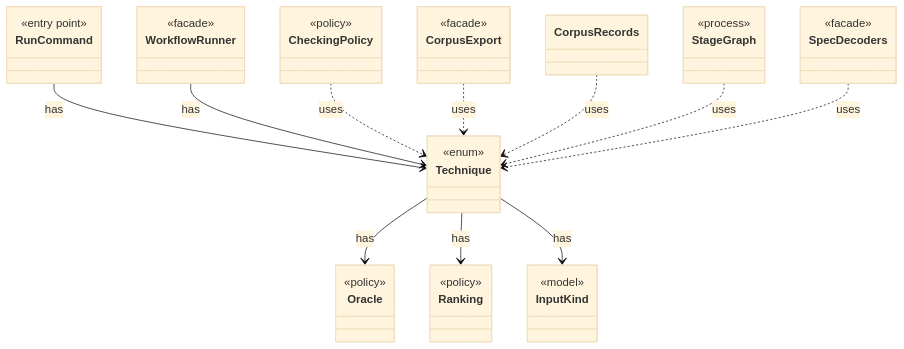
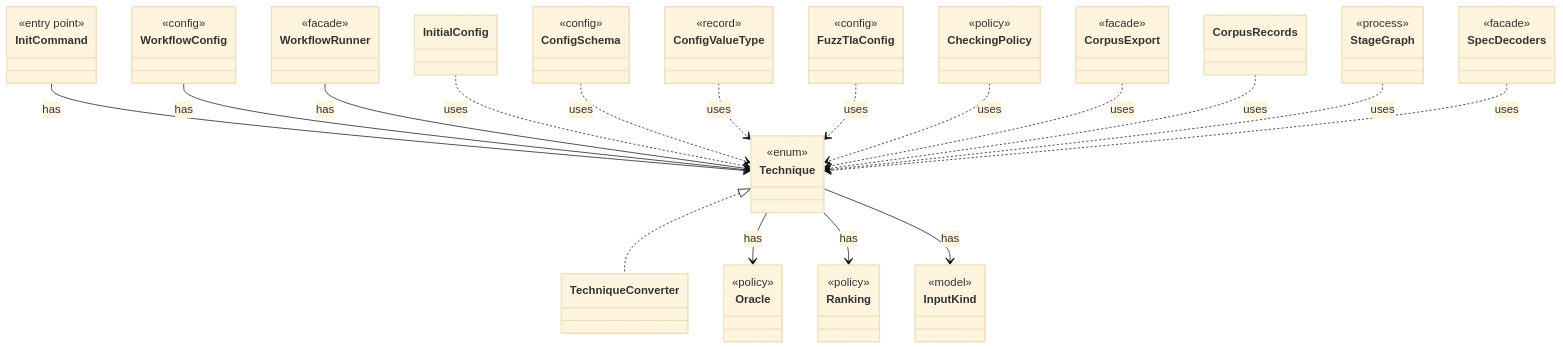
The diagram in dev/types/io.github.tlaplus.hardening.corpus.Technique.md (tlaplus/model-checker-hardening), drawn with Mermaid (base theme) before and after one commit. The commit also changed other lines of this file and 411 other files, not shown here.

````diff
--- a/dev/types/io.github.tlaplus.hardening.corpus.Technique.md
+++ b/dev/types/io.github.tlaplus.hardening.corpus.Technique.md
@@ -7,44 +9,64 @@
 ```mermaid
 classDiagram
   class Technique {
     <<enum>>
   }
+  class TechniqueConverter
   class Oracle {
     <<policy>>
   }
   class Ranking {
     <<policy>>
   }
   class InputKind {
     <<model>>
   }
-  class RunCommand {
+  class InitCommand {
     <<entry point>>
+  }
+  class WorkflowConfig {
+    <<config>>
   }
   class WorkflowRunner {
     <<facade>>
+  }
+  class InitialConfig
+  class ConfigSchema {
+    <<config>>
+  }
+  class ConfigValueType {
+    <<record>>
+  }
+  class FuzzTlaConfig {
+    <<config>>
   }
   class CheckingPolicy {
     <<policy>>
   }
   class CorpusExport {
     <<facade>>
   }
   class CorpusRecords
   class StageGraph {
     <<process>>
   }
   class SpecDecoders {
     <<facade>>
   }
+  Technique <|.. TechniqueConverter
   Technique --> Oracle : has
   Technique --> Ranking : has
   Technique --> InputKind : has
-  RunCommand --> Technique : has
+  InitCommand --> Technique : has
+  WorkflowConfig --> Technique : has
   WorkflowRunner --> Technique : has
+  InitialConfig ..> Technique : uses
+  ConfigSchema ..> Technique : uses
+  ConfigValueType ..> Technique : uses
+  FuzzTlaConfig ..> Technique : uses
   CheckingPolicy ..> Technique : uses
   CorpusExport ..> Technique : uses
   CorpusRecords ..> Technique : uses
   StageGraph ..> Technique : uses
   SpecDecoders ..> Technique : uses
 ```
````
